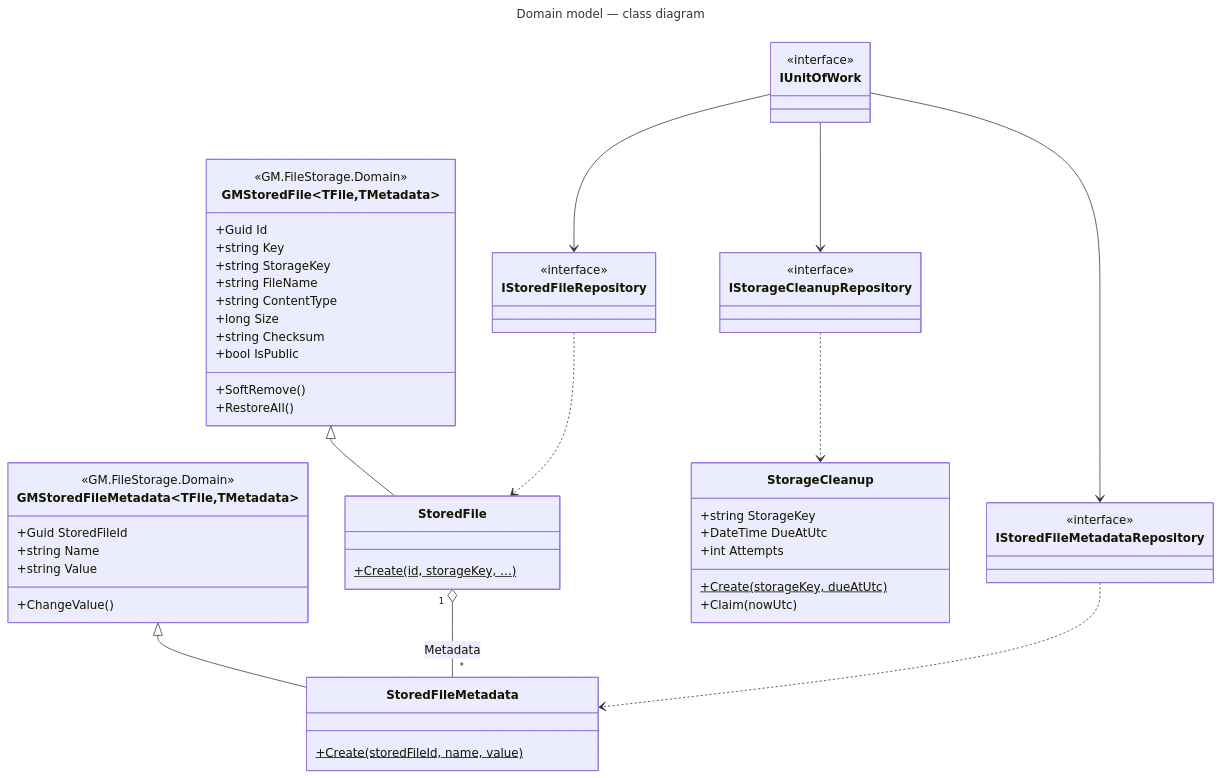
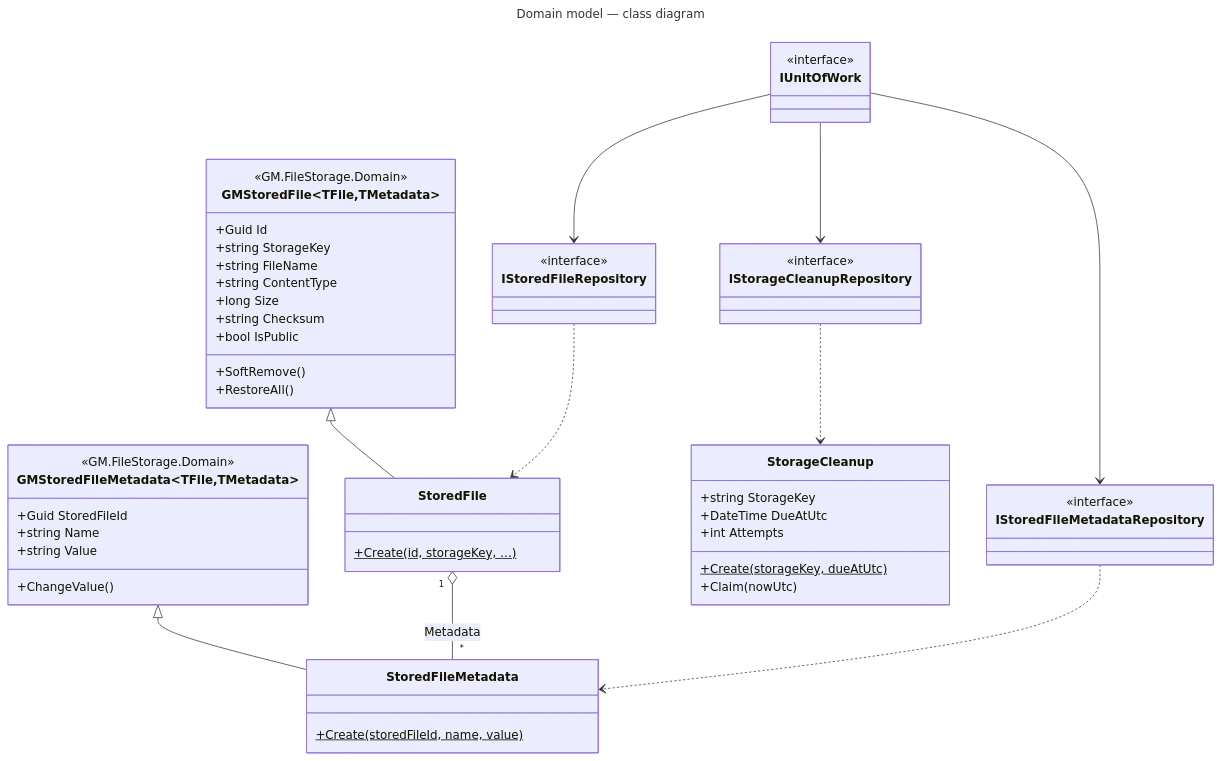
The sixth of 6 diagrams in docs/dependencies.md (gmetskhvarishvili/GM.FileStorage.Samples), drawn with Mermaid before and after one commit. The commit also changed 30 other files, not shown here.

````diff
--- a/docs/dependencies.md
+++ b/docs/dependencies.md
@@ -262,63 +262,62 @@
 ```mermaid
 ---
 title: Domain model — class diagram
 ---
 classDiagram
     direction TB
 
     class GMStoredFile~TFile,TMetadata~ {
         <<GM.FileStorage.Domain>>
         +Guid Id
-        +string Key
         +string StorageKey
         +string FileName
         +string ContentType
         +long Size
         +string Checksum
         +bool IsPublic
         +SoftRemove()
         +RestoreAll()
     }
     class GMStoredFileMetadata~TFile,TMetadata~ {
         <<GM.FileStorage.Domain>>
         +Guid StoredFileId
         +string Name
         +string Value
         +ChangeValue()
     }
     class StoredFile {
         +Create(id, storageKey, …)$
     }
     class StoredFileMetadata {
         +Create(storedFileId, name, value)$
     }
     class StorageCleanup {
         +string StorageKey
         +DateTime DueAtUtc
         +int Attempts
         +Create(storageKey, dueAtUtc)$
         +Claim(nowUtc)
     }
     class IUnitOfWork {
         <<interface>>
     }
     class IStoredFileRepository {
         <<interface>>
     }
     class IStoredFileMetadataRepository {
         <<interface>>
     }
     class IStorageCleanupRepository {
         <<interface>>
     }
 
     GMStoredFile <|-- StoredFile
     GMStoredFileMetadata <|-- StoredFileMetadata
     StoredFile "1" o-- "*" StoredFileMetadata : Metadata
     IUnitOfWork --> IStoredFileRepository
     IUnitOfWork --> IStoredFileMetadataRepository
     IUnitOfWork --> IStorageCleanupRepository
     IStoredFileRepository ..> StoredFile
     IStoredFileMetadataRepository ..> StoredFileMetadata
     IStorageCleanupRepository ..> StorageCleanup
 ```
````
